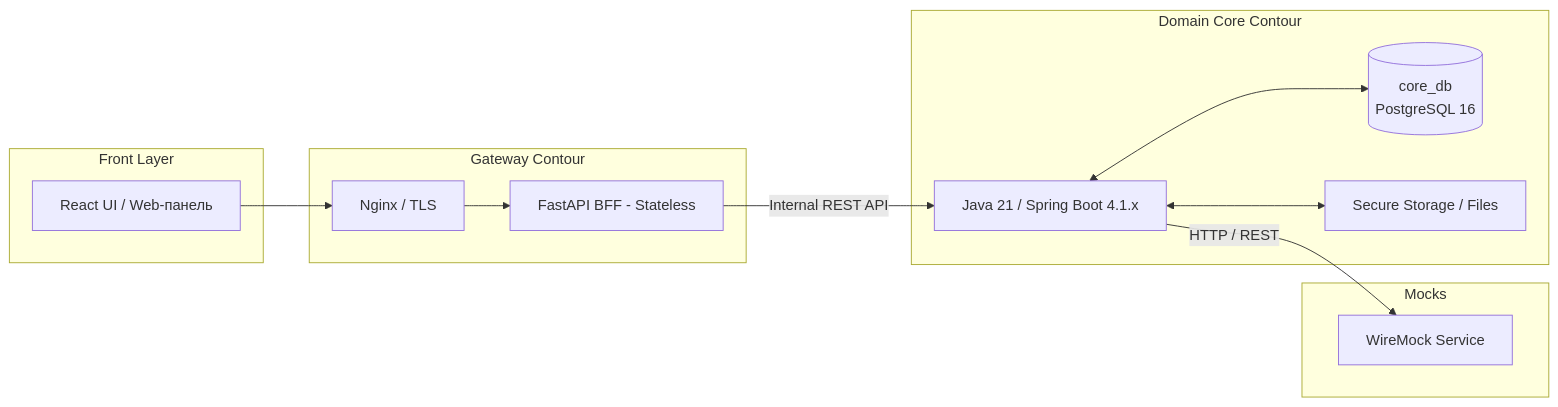
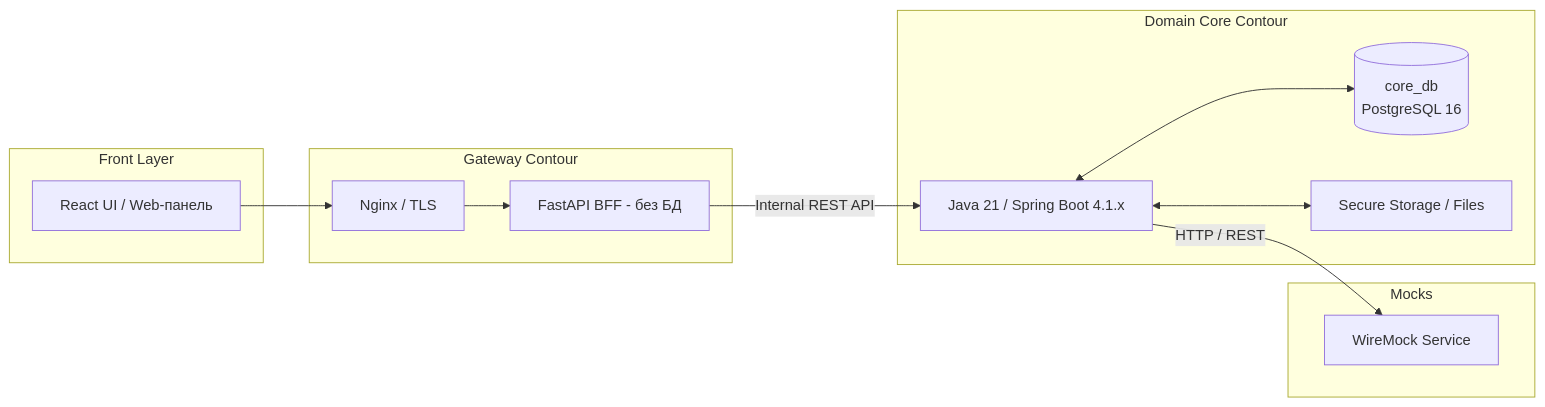
The second of 2 diagrams in docs/architecture/system-design.md (B2B-Order-Flow/B2B-Order-Flow), drawn with Mermaid before and after one commit. The commit also changed other lines of this file and 11 other files, not shown here.

````diff
--- a/docs/architecture/system-design.md
+++ b/docs/architecture/system-design.md
@@ -50,29 +50,29 @@
 ```mermaid
 graph LR
     subgraph Client_Layer [Front Layer]
         UI[React UI / Web-панель]
     end
 
     subgraph Gateway_Layer [Gateway Contour]
         Nginx[Nginx / TLS]
-        FastAPI[FastAPI BFF - Stateless]
+        FastAPI[FastAPI BFF - без БД]
         Nginx --> FastAPI
     end
 
     subgraph Core_Layer [Domain Core Contour]
         SpringBoot[Java 21 / Spring Boot 4.1.x]
         DB_Core[(core_db\nPostgreSQL 16)]
         FS[Secure Storage / Files]
         
         SpringBoot <--> DB_Core
         SpringBoot <--> FS
     end
 
     subgraph Mock_Layer [Mocks]
         WireMock[WireMock Service]
     end
 
     UI --> Nginx
     FastAPI -->|Internal REST API| SpringBoot
     SpringBoot -->|HTTP / REST| WireMock
 ```
````
